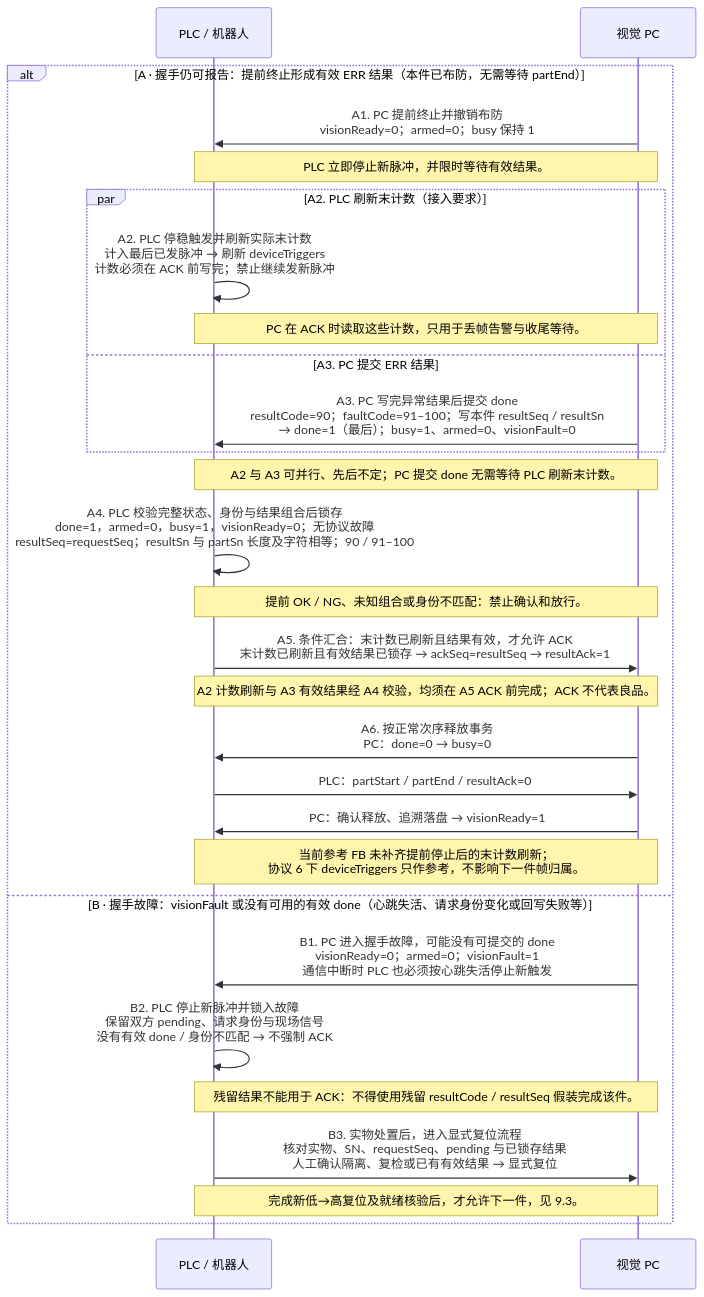
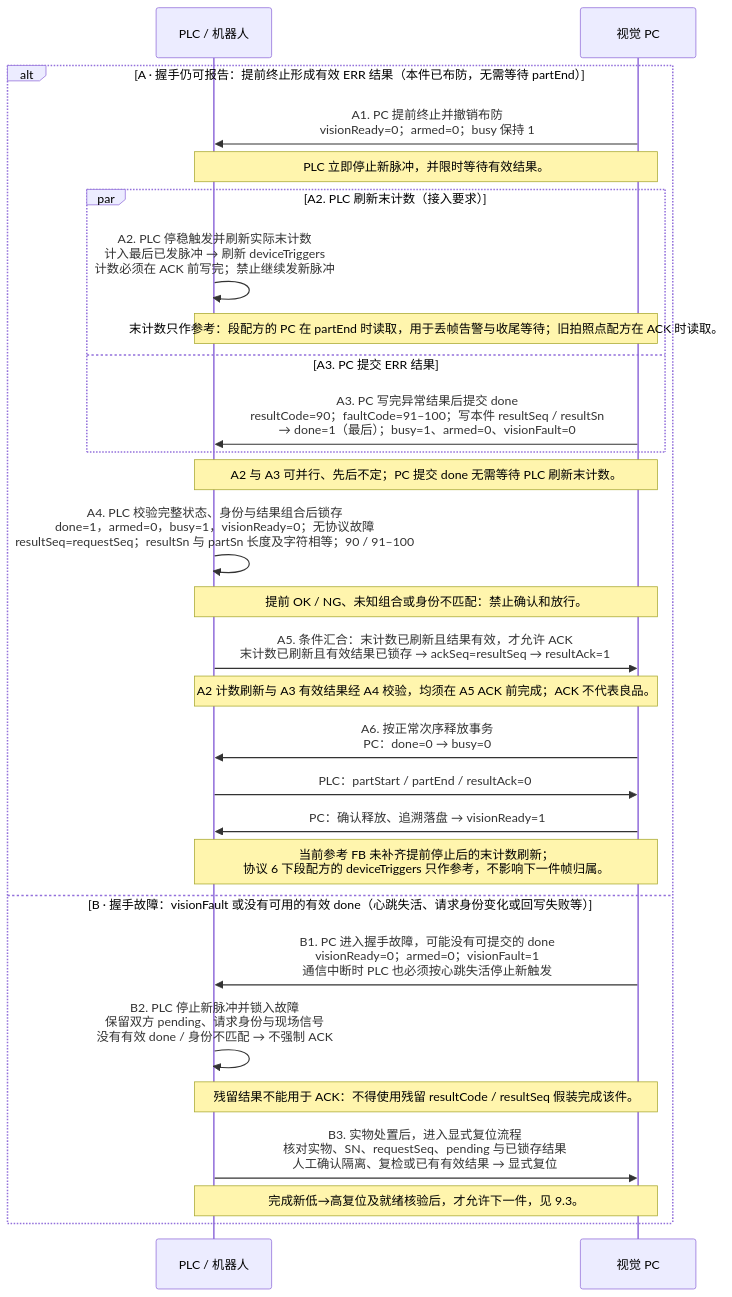
Before and after one commit to liangyuR/ly-gluesight: the second of 3 diagrams in docs/integration/plc-communication-protocol.md, drawn with Mermaid. The commit also changed other lines of this file and 18 other files, not shown here.

````diff
--- a/docs/integration/plc-communication-protocol.md
+++ b/docs/integration/plc-communication-protocol.md
@@ -323,31 +323,31 @@
 ```mermaid
 sequenceDiagram
     participant PLC as PLC / 机器人
     participant PC as 视觉 PC
 
     alt A · 握手仍可报告：提前终止形成有效 ERR 结果（本件已布防，无需等待 partEnd）
         PC->>PLC: A1. PC 提前终止并撤销布防<br/>visionReady=0；armed=0；busy 保持 1
         Note over PLC,PC: PLC 立即停止新脉冲，并限时等待有效结果。
         par A2. PLC 刷新末计数（接入要求）
             PLC->>PLC: A2. PLC 停稳触发并刷新实际末计数<br/>计入最后已发脉冲 → 刷新 deviceTriggers<br/>计数必须在 ACK 前写完；禁止继续发新脉冲
-            Note over PLC,PC: PC 在 ACK 时读取这些计数，只用于丢帧告警与收尾等待。
+            Note over PLC,PC: 末计数只作参考：段配方的 PC 在 partEnd 时读取，用于丢帧告警与收尾等待；旧拍照点配方在 ACK 时读取。
         and A3. PC 提交 ERR 结果
             PC->>PLC: A3. PC 写完异常结果后提交 done<br/>resultCode=90；faultCode=91–100；写本件 resultSeq / resultSn<br/>→ done=1（最后）；busy=1、armed=0、visionFault=0
         end
         Note over PLC,PC: A2 与 A3 可并行、先后不定；PC 提交 done 无需等待 PLC 刷新末计数。
         PLC->>PLC: A4. PLC 校验完整状态、身份与结果组合后锁存<br/>done=1，armed=0，busy=1，visionReady=0；无协议故障<br/>resultSeq=requestSeq；resultSn 与 partSn 长度及字符相等；90 / 91–100
         Note over PLC,PC: 提前 OK / NG、未知组合或身份不匹配：禁止确认和放行。
         PLC->>PC: A5. 条件汇合：末计数已刷新且结果有效，才允许 ACK<br/>末计数已刷新且有效结果已锁存 → ackSeq=resultSeq → resultAck=1
         Note over PLC,PC: A2 计数刷新与 A3 有效结果经 A4 校验，均须在 A5 ACK 前完成；ACK 不代表良品。
         PC->>PLC: A6. 按正常次序释放事务<br/>PC：done=0 → busy=0
         PLC->>PC: PLC：partStart / partEnd / resultAck=0
         PC->>PLC: PC：确认释放、追溯落盘 → visionReady=1
-        Note over PLC,PC: 当前参考 FB 未补齐提前停止后的末计数刷新；<br/>协议 6 下 deviceTriggers 只作参考，不影响下一件帧归属。
+        Note over PLC,PC: 当前参考 FB 未补齐提前停止后的末计数刷新；<br/>协议 6 下段配方的 deviceTriggers 只作参考，不影响下一件帧归属。
     else B · 握手故障：visionFault 或没有可用的有效 done（心跳失活、请求身份变化或回写失败等）
         PC->>PLC: B1. PC 进入握手故障，可能没有可提交的 done<br/>visionReady=0；armed=0；visionFault=1<br/>通信中断时 PLC 也必须按心跳失活停止新触发
         PLC->>PLC: B2. PLC 停止新脉冲并锁入故障<br/>保留双方 pending、请求身份与现场信号<br/>没有有效 done / 身份不匹配 → 不强制 ACK
         Note over PLC,PC: 残留结果不能用于 ACK：不得使用残留 resultCode / resultSeq 假装完成该件。
         PLC->>PC: B3. 实物处置后，进入显式复位流程<br/>核对实物、SN、requestSeq、pending 与已锁存结果<br/>人工确认隔离、复检或已有有效结果 → 显式复位
         Note over PLC,PC: 完成新低→高复位及就绪核验后，才允许下一件，见 9.3。
     end
 ```
````
